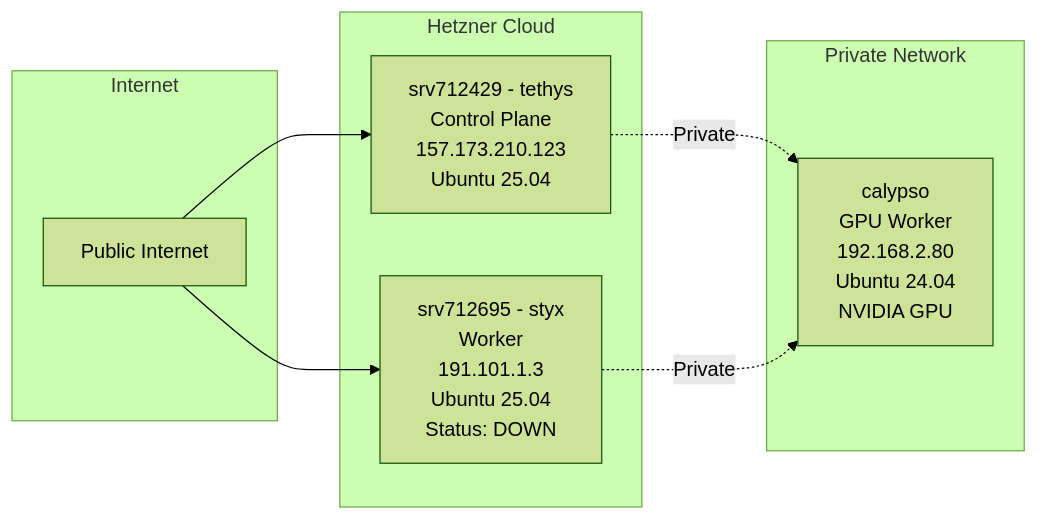
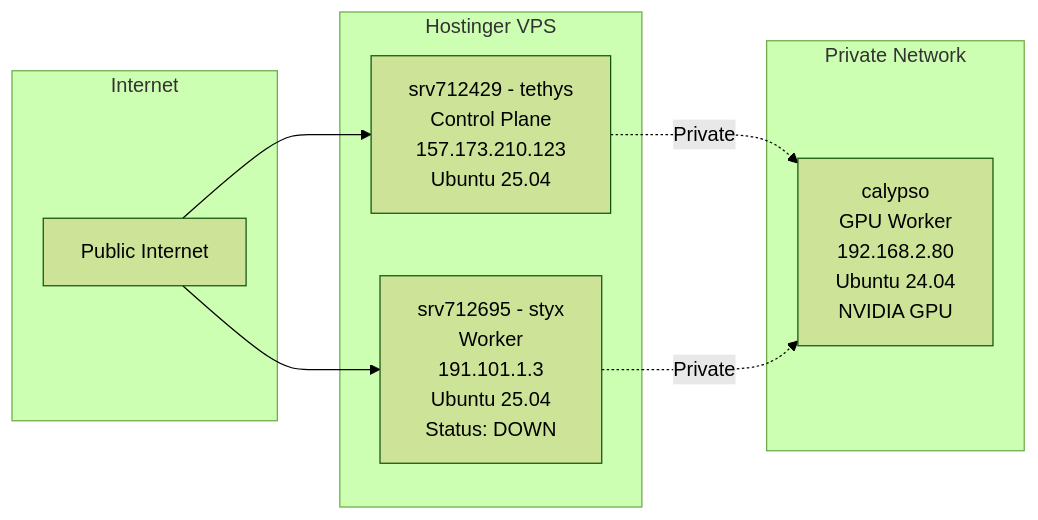
Before and after one commit to goldfish-inc/deepseek-ocr-vllm: the second of 15 diagrams in docs/architecture/NETWORK_ARCHITECTURE.md, drawn with Mermaid (forest theme). The commit also changed other lines of this file and 4 other files, not shown here.

````diff
--- a/docs/architecture/NETWORK_ARCHITECTURE.md
+++ b/docs/architecture/NETWORK_ARCHITECTURE.md
@@ -74,20 +74,20 @@
 ```mermaid
 graph LR
     subgraph "Internet"
         INET[Public Internet]
     end
 
-    subgraph "Hetzner Cloud"
+    subgraph "Hostinger VPS"
         TETHYS[srv712429 - tethys<br/>Control Plane<br/>157.173.210.123<br/>Ubuntu 25.04]
         STYX[srv712695 - styx<br/>Worker<br/>191.101.1.3<br/>Ubuntu 25.04<br/>Status: DOWN]
     end
 
     subgraph "Private Network"
         CALYPSO[calypso<br/>GPU Worker<br/>192.168.2.80<br/>Ubuntu 24.04<br/>NVIDIA GPU]
     end
 
     INET --> TETHYS
     INET --> STYX
     TETHYS -.Private.-> CALYPSO
     STYX -.Private.-> CALYPSO
 ```
````
